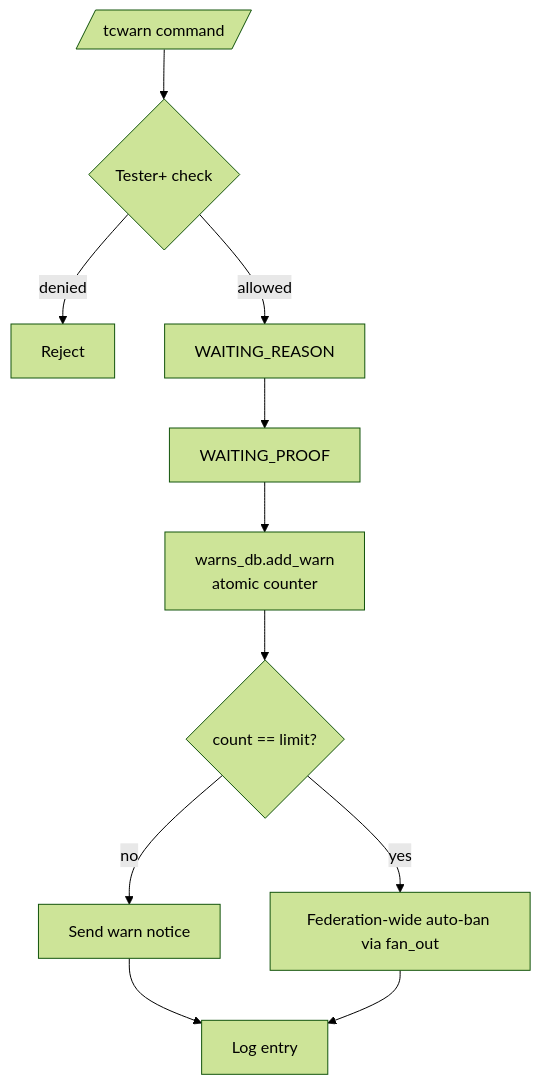
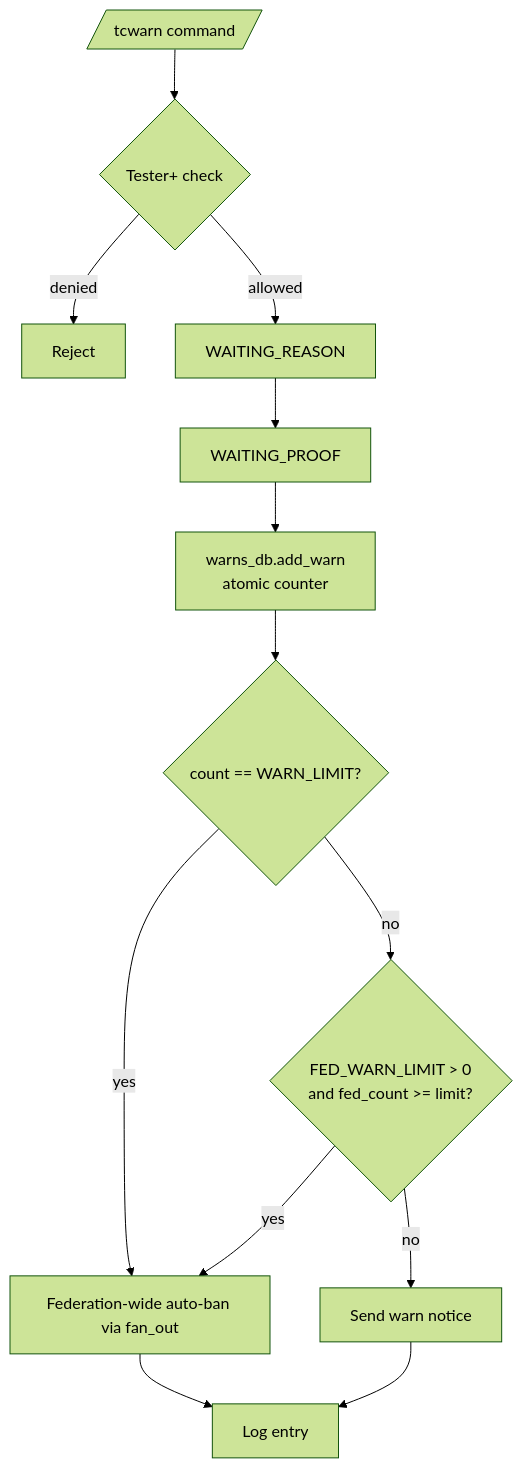
One commit to D1ZZY4/tcbot changed the diagram in docs/warnings-detailed.md. Above: the diagram before and after it, drawn with Mermaid (forest theme). The commit also changed other lines of this file and 13 other files, not shown here.

````diff
--- a/docs/warnings-detailed.md
+++ b/docs/warnings-detailed.md
@@ -7,13 +7,15 @@
 ```mermaid
 flowchart TD
     Cmd[/tcwarn command/] --> Permission{Tester+ check}
     Permission -->|denied| End1[Reject]
     Permission -->|allowed| Reason[WAITING_REASON]
     Reason --> Proof[WAITING_PROOF]
     Proof --> AddWarn[warns_db.add_warn<br/>atomic counter]
-    AddWarn --> Check{count == limit?}
-    Check -->|no| Notify[Send warn notice]
-    Check -->|yes| AutoBan[Federation-wide auto-ban via fan_out]
+    AddWarn --> CheckPerGroup{count == WARN_LIMIT?}
+    CheckPerGroup -->|yes| AutoBan[Federation-wide auto-ban via fan_out]
+    CheckPerGroup -->|no| CheckFed{FED_WARN_LIMIT > 0<br/>and fed_count >= limit?}
+    CheckFed -->|yes| AutoBan
+    CheckFed -->|no| Notify[Send warn notice]
     Notify --> Log[Log entry]
     AutoBan --> Log
 ```
````
